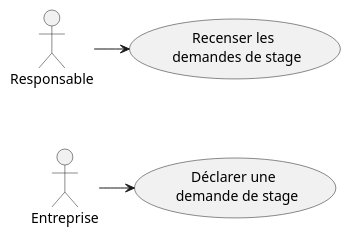
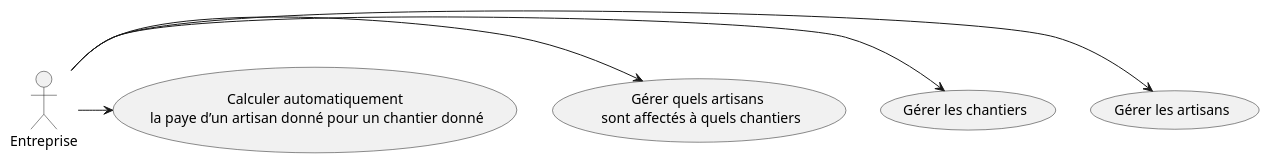
The diagram in uc.plantuml (IUT-Blagnac/r2-01-conception-td5-Jolex35), drawn with PlantUML before and after one commit. The commit also changed 1 other file, not shown here.

```diff
--- a/uc.plantuml
+++ b/uc.plantuml
@@ -1,14 +1,14 @@
 @startuml uc
 
-usecase r as "Recenser les \n demandes de stage"
-usecase d as "Déclarer une \n demande de stage"
+usecase a as "Gérer les artisans"
+usecase d as "Gérer les chantiers"
+usecase q as "Gérer quels artisans \n sont affectés à quels chantiers"
+usecase c as "Calculer automatiquement\n la paye d’un artisan donné pour un chantier donné"
+actor Entreprise
 
-actor Responsable
-actor Entreprise 
 
-'Pour aligner les 2 acteurs :
-r -[hidden]-> d
-
-Responsable -> r
+Entreprise -> a
 Entreprise -> d
+Entreprise -> q
+Entreprise -> c
 @enduml
```
